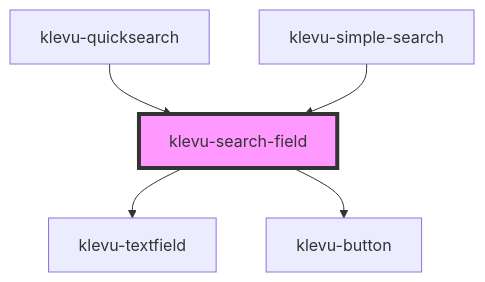
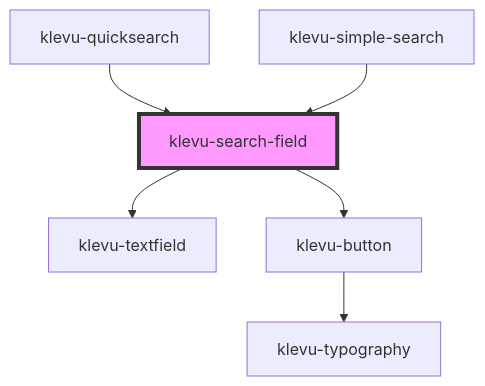
The diagram in packages/klevu-ui/src/components/klevu-search-field/readme.md (klevultd/frontend-sdk), drawn with Mermaid before and after one commit. The commit also changed 39 other files, not shown here.

````diff
--- a/packages/klevu-ui/src/components/klevu-search-field/readme.md
+++ b/packages/klevu-ui/src/components/klevu-search-field/readme.md
@@ -47,8 +47,9 @@
 ```mermaid
 graph TD;
   klevu-search-field --> klevu-textfield
   klevu-search-field --> klevu-button
+  klevu-button --> klevu-typography
   klevu-quicksearch --> klevu-search-field
   klevu-simple-search --> klevu-search-field
   style klevu-search-field fill:#f9f,stroke:#333,stroke-width:4px
 ```
````
